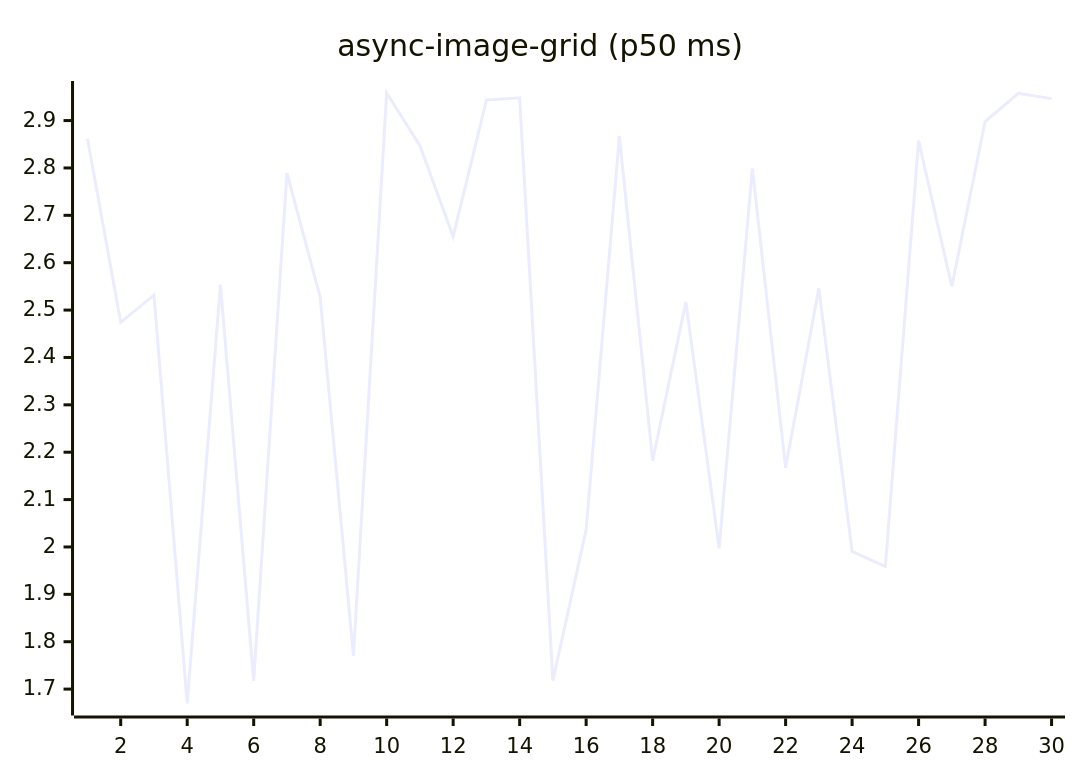
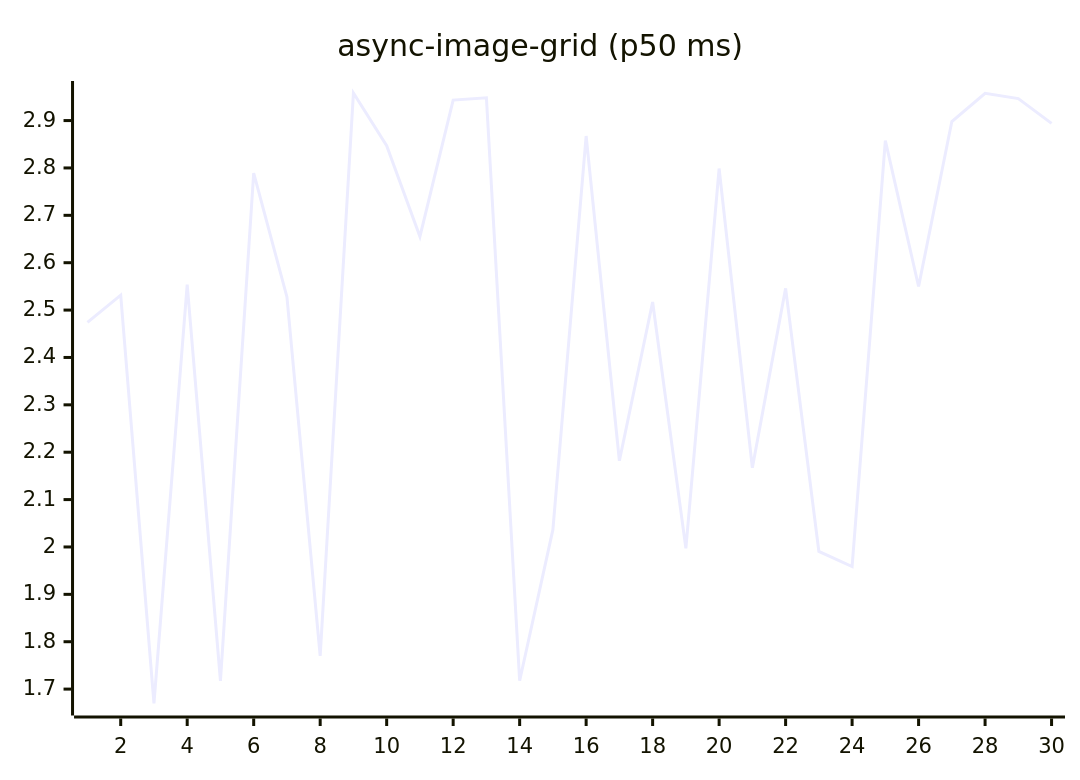
Before and after one commit to josha/Facet: the fifth of 27 diagrams in README.md, drawn with Mermaid. The commit also changed other lines of this file and 2 other files, not shown here.

````diff
--- a/README.md
+++ b/README.md
@@ -91,6 +91,6 @@
 ```mermaid
 xychart-beta
     title "async-image-grid (p50 ms)"
     x-axis 1 --> 30
-    line [2.8617, 2.4742, 2.5316, 1.6696, 2.5539, 1.7175, 2.7892, 2.5277, 1.7701, 2.9582, 2.8471, 2.6552, 2.9433, 2.9481, 1.7177, 2.0365, 2.8674, 2.1819, 2.5171, 1.9970, 2.7988, 2.1671, 2.5459, 1.9906, 1.9586, 2.8577, 2.5497, 2.8980, 2.9576, 2.9463]
+    line [2.4742, 2.5316, 1.6696, 2.5539, 1.7175, 2.7892, 2.5277, 1.7701, 2.9582, 2.8471, 2.6552, 2.9433, 2.9481, 1.7177, 2.0365, 2.8674, 2.1819, 2.5171, 1.9970, 2.7988, 2.1671, 2.5459, 1.9906, 1.9586, 2.8577, 2.5497, 2.8980, 2.9576, 2.9463, 2.8940]
 ```
````
